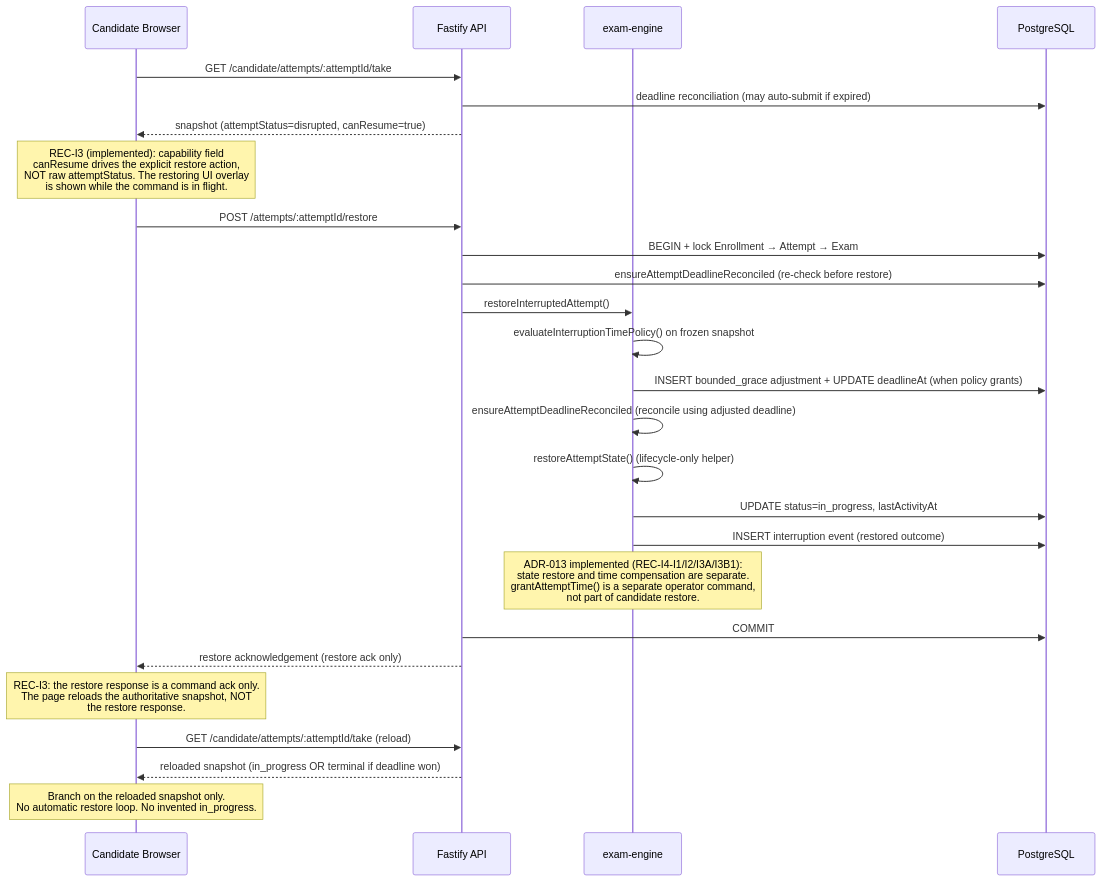
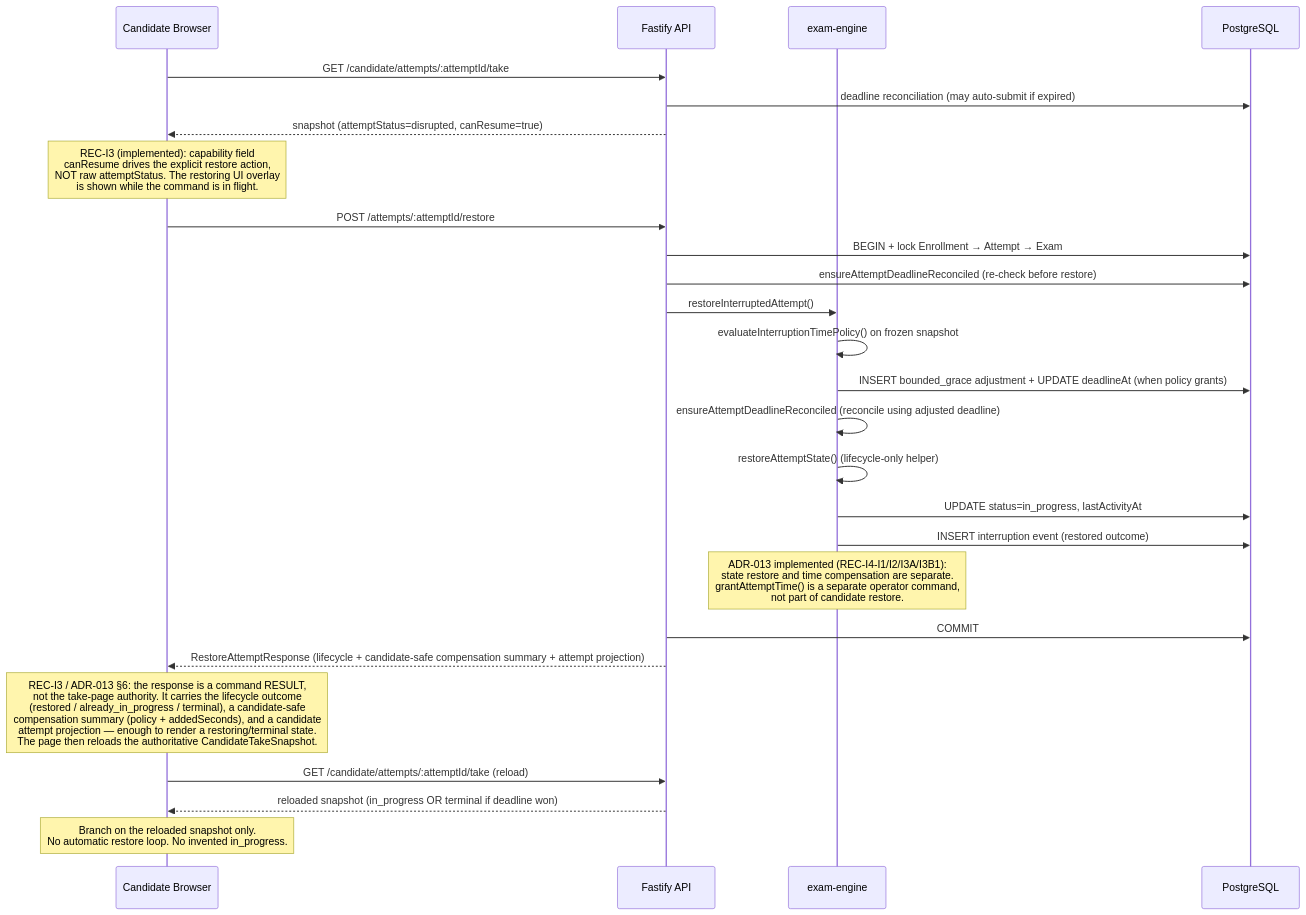
One commit to jnhu76/exam changed the fifth of 9 diagrams in docs/architecture/exam-system/candidate-recovery.md. Above: the diagram before and after it, drawn with Mermaid. The commit also changed 5 other files, not shown here.

First line of the commit message:
docs: fix review R2 — recovery UI status, transition authority, Redis gate, restore response

````diff
--- a/docs/architecture/exam-system/candidate-recovery.md
+++ b/docs/architecture/exam-system/candidate-recovery.md
@@ -164,29 +164,29 @@
 ```mermaid
 sequenceDiagram
     participant C as Candidate Browser
     participant API as Fastify API
     participant Engine as exam-engine
     participant DB as PostgreSQL
 
     C->>API: GET /candidate/attempts/:attemptId/take
     API->>DB: deadline reconciliation (may auto-submit if expired)
     API-->>C: snapshot (attemptStatus=disrupted, canResume=true)
     Note over C: REC-I3 (implemented): capability field<br/>canResume drives the explicit restore action,<br/>NOT raw attemptStatus. The restoring UI overlay<br/>is shown while the command is in flight.
     C->>API: POST /attempts/:attemptId/restore
     API->>DB: BEGIN + lock Enrollment → Attempt → Exam
     API->>DB: ensureAttemptDeadlineReconciled (re-check before restore)
     API->>Engine: restoreInterruptedAttempt()
     Engine->>Engine: evaluateInterruptionTimePolicy() on frozen snapshot
     Engine->>DB: INSERT bounded_grace adjustment + UPDATE deadlineAt (when policy grants)
     Engine->>Engine: ensureAttemptDeadlineReconciled (reconcile using adjusted deadline)
     Engine->>Engine: restoreAttemptState() (lifecycle-only helper)
     Engine->>DB: UPDATE status=in_progress, lastActivityAt
     Engine->>DB: INSERT interruption event (restored outcome)
     Note over Engine: ADR-013 implemented (REC-I4-I1/I2/I3A/I3B1):<br/>state restore and time compensation are separate.<br/>grantAttemptTime() is a separate operator command,<br/>not part of candidate restore.
     API->>DB: COMMIT
-    API-->>C: restore acknowledgement (restore ack only)
-    Note over C: REC-I3: the restore response is a command ack only.<br/>The page reloads the authoritative snapshot, NOT<br/>the restore response.
+    API-->>C: RestoreAttemptResponse (lifecycle + candidate-safe compensation summary + attempt projection)
+    Note over C: REC-I3 / ADR-013 §6: the response is a command RESULT,<br/>not the take-page authority. It carries the lifecycle outcome<br/>(restored / already_in_progress / terminal), a candidate-safe<br/>compensation summary (policy + addedSeconds), and a candidate<br/>attempt projection — enough to render a restoring/terminal state.<br/>The page then reloads the authoritative CandidateTakeSnapshot.
     C->>API: GET /candidate/attempts/:attemptId/take (reload)
     API-->>C: reloaded snapshot (in_progress OR terminal if deadline won)
     Note over C: Branch on the reloaded snapshot only.<br/>No automatic restore loop. No invented in_progress.
 ```
````
